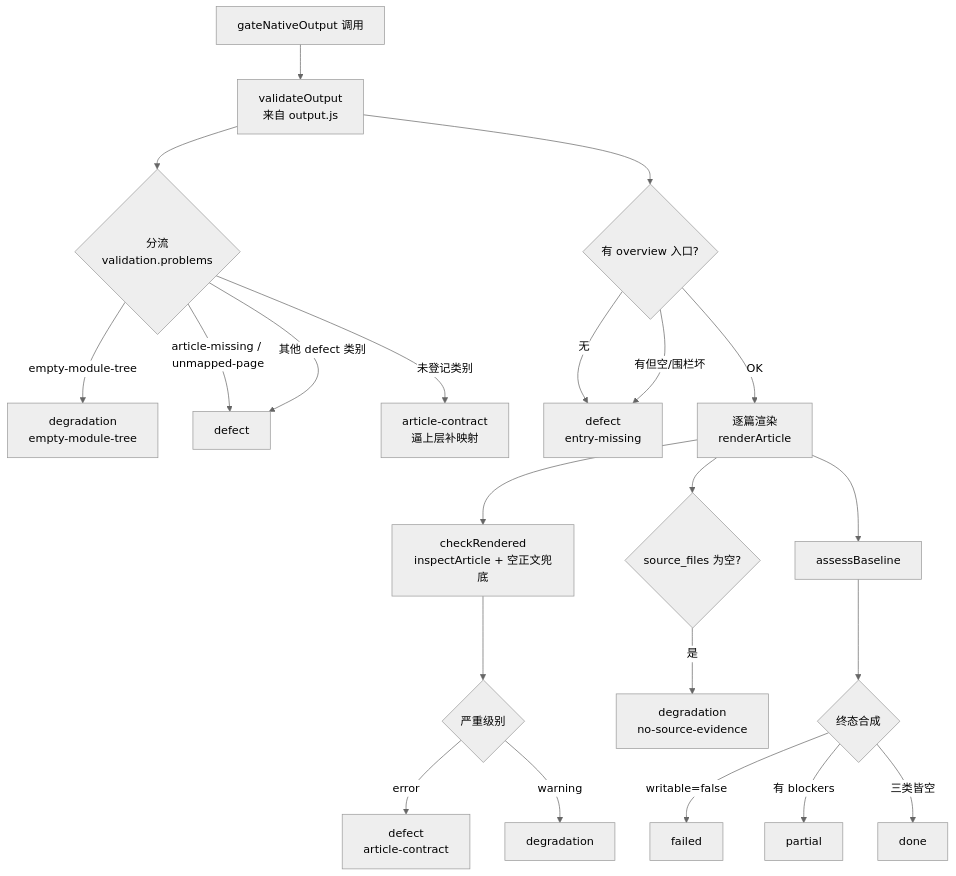
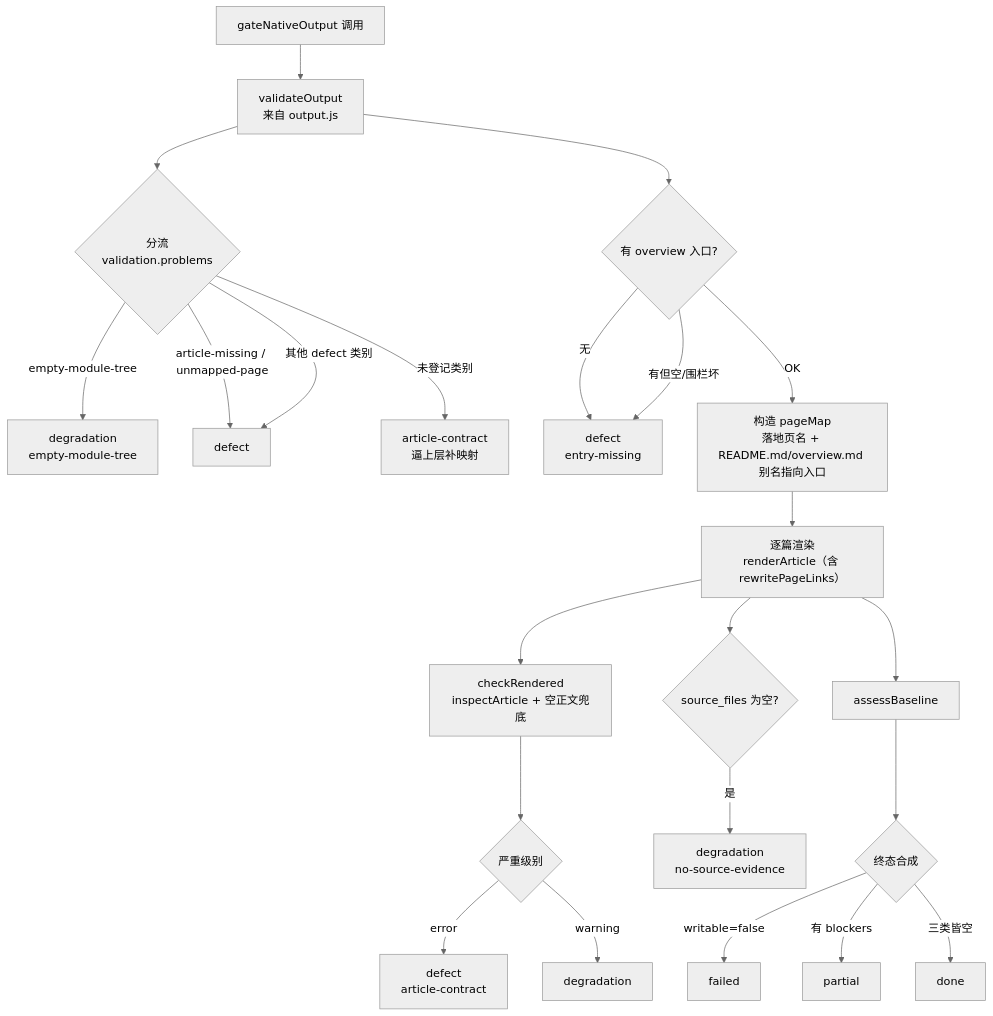
Before and after one commit to ikliml666/dsh-codewiki: the third of 8 diagrams in .codewiki/modules/quality-gates.md, drawn with Mermaid (neutral theme). The commit also changed other lines of this file and 15 other files, not shown here.

````diff
--- a/.codewiki/modules/quality-gates.md
+++ b/.codewiki/modules/quality-gates.md
@@ -65,28 +67,29 @@
 ```mermaid
 flowchart TD
     Start["gateNativeOutput 调用"] --> V["validateOutput<br/>来自 output.js"]
     V --> Divide{"分流<br/>validation.problems"}
     Divide -->|"empty-module-tree"| Deg["degradation<br/>empty-module-tree"]
     Divide -->|"article-missing / unmapped-page"| Def1["defect"]
     Divide -->|"其他 defect 类别"| Def1
     Divide -->|"未登记类别"| Def2["article-contract<br/>逼上层补映射"]
 
     V --> Entry{"有 overview 入口?"}
     Entry -->|"无"| Def3["defect<br/>entry-missing"]
     Entry -->|"有但空/围栏坏"| Def3
-    Entry -->|"OK"| Render
+    Entry -->|"OK"| PageMap["构造 pageMap<br/>落地页名 + README.md/overview.md 别名指向入口"]
+    PageMap --> Render
 
-    Render["逐篇渲染<br/>renderArticle"] --> Check["checkRendered<br/>inspectArticle + 空正文兜底"]
+    Render["逐篇渲染<br/>renderArticle（含 rewritePageLinks）"] --> Check["checkRendered<br/>inspectArticle + 空正文兜底"]
     Check --> Severity{"严重级别"}
     Severity -->|"error"| PageDef["defect<br/>article-contract"]
     Severity -->|"warning"| PageDeg["degradation"]
 
     Render --> Evidence{"source_files 为空?"}
     Evidence -->|"是"| NoEv["degradation<br/>no-source-evidence"]
 
     Render --> Baseline["assessBaseline"]
     Baseline --> Outcome{"终态合成"}
     Outcome -->|"writable=false"| Failed["failed"]
     Outcome -->|"有 blockers"| Partial["partial"]
     Outcome -->|"三类皆空"| Done["done"]
 ```
````
